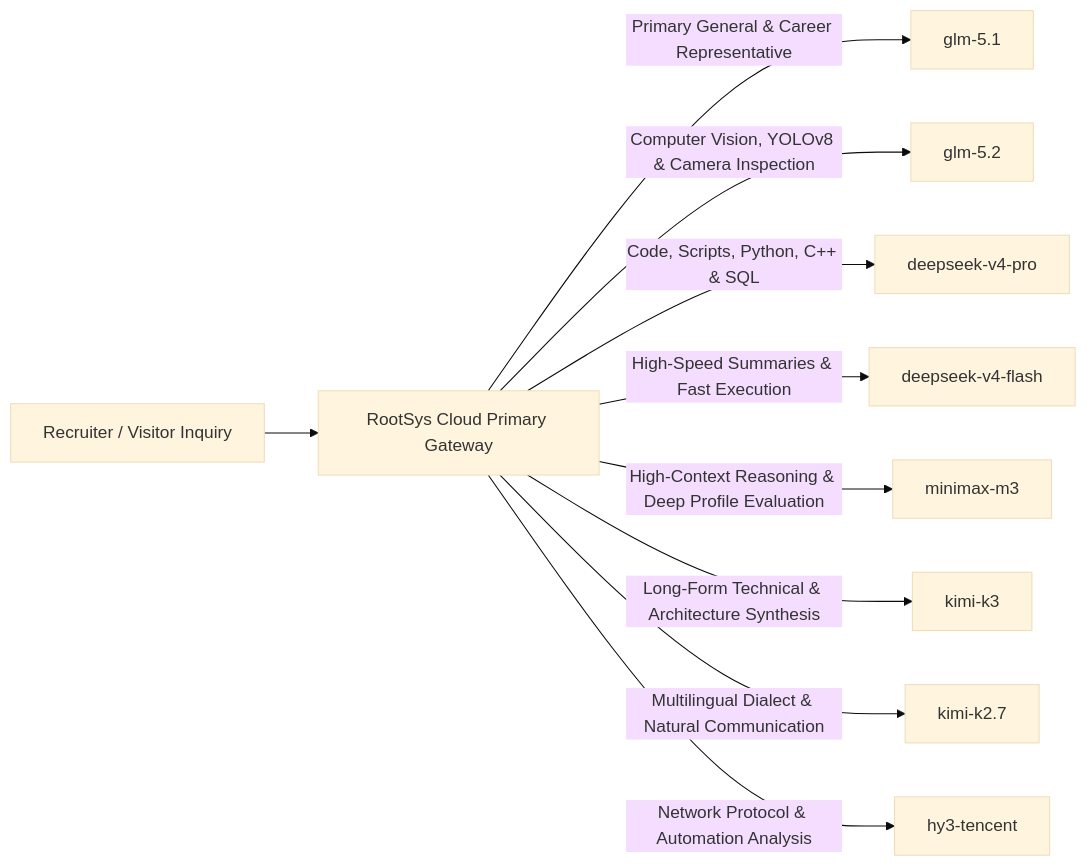
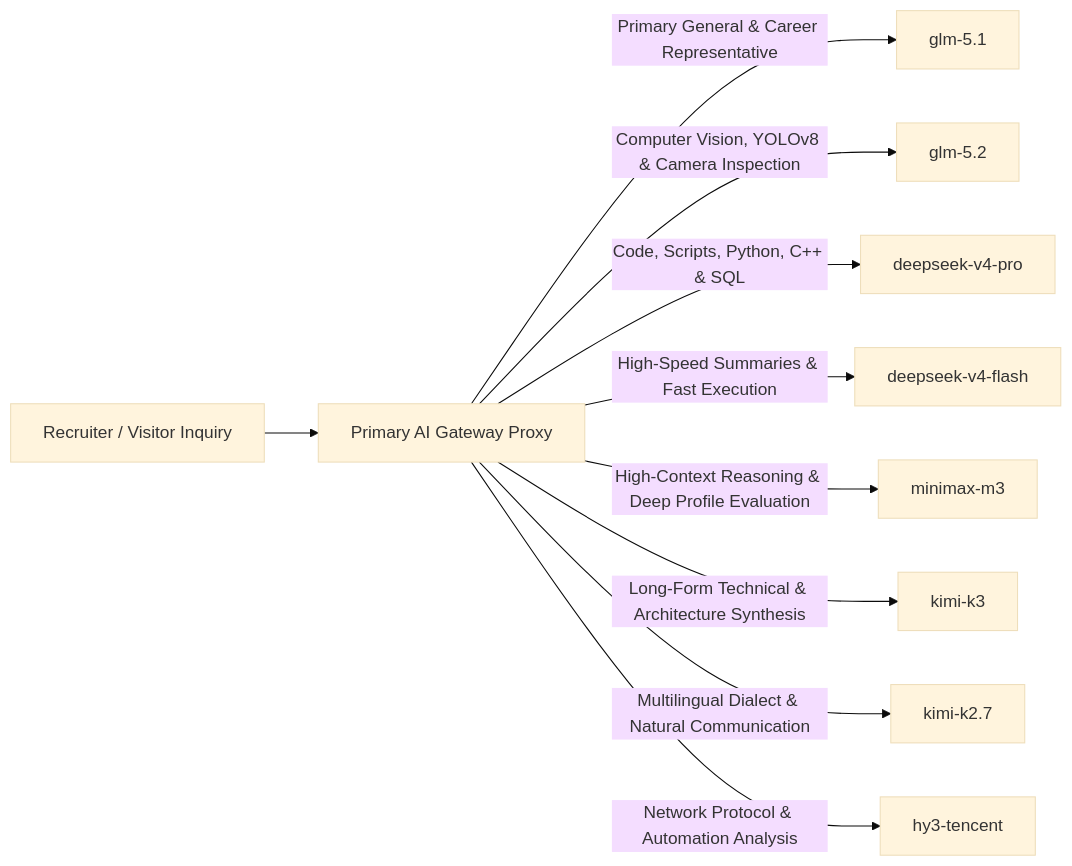
Before and after one commit to l3al3y/Portfolio: the second of 2 diagrams in README.md, drawn with Mermaid (base theme). The commit also changed other lines of this file, not shown here.

Commit message:
docs(readme): remove RootSys text and rootsys.cloud hyperlink from frontend repo

````diff
--- a/README.md
+++ b/README.md
@@ -72,12 +72,12 @@
 ```mermaid
 graph LR
-    UserQuery[Recruiter / Visitor Inquiry] --> Router[RootSys Cloud Primary Gateway]
+    UserQuery[Recruiter / Visitor Inquiry] --> Router[Primary AI Gateway Proxy]
     Router -->|Primary General & Career Representative| GLM51[glm-5.1]
     Router -->|Computer Vision, YOLOv8 & Camera Inspection| GLM52[glm-5.2]
     Router -->|Code, Scripts, Python, C++ & SQL| DS4Pro[deepseek-v4-pro]
     Router -->|High-Speed Summaries & Fast Execution| DS4Flash[deepseek-v4-flash]
     Router -->|High-Context Reasoning & Deep Profile Evaluation| MiniMax[minimax-m3]
     Router -->|Long-Form Technical & Architecture Synthesis| KimiK3[kimi-k3]
     Router -->|Multilingual Dialect & Natural Communication| KimiK27[kimi-k2.7]
     Router -->|Network Protocol & Automation Analysis| HY3[hy3-tencent]
 ```
````
